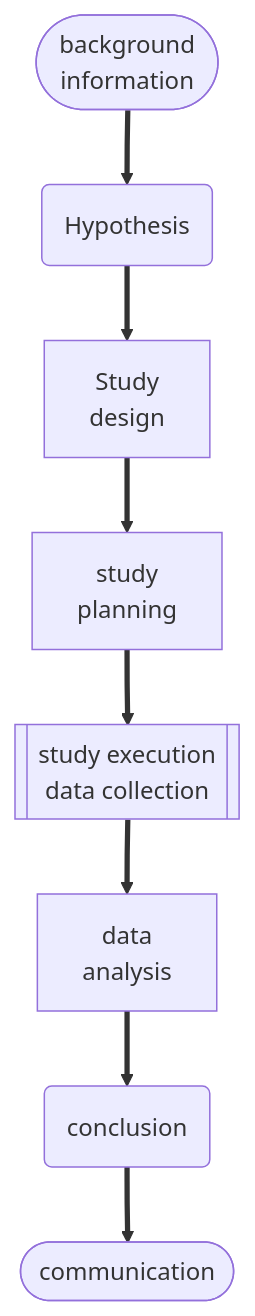
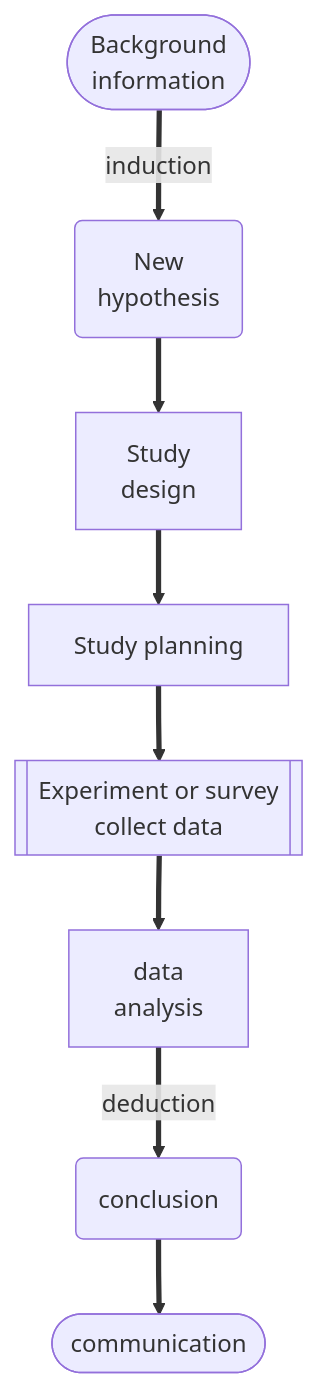
One commit to aphalo/r4p-blog changed the third of 5 diagrams in pages/approaches-to-research.qmd. Above: the diagram before and after it, drawn with Mermaid. The commit also changed other lines of this file, not shown here.

````diff
--- a/pages/approaches-to-research.qmd
+++ b/pages/approaches-to-research.qmd
@@ -100,13 +100,13 @@
 ```{mermaid}
 %%| label: fig-research-process-flowchart-linear
 %%| fig-cap: A diagram showing the steps of scientific studies. This includes using the O-I approach to develop the hypothesis to be tested and the H-D approach to test it.
 %%{init: {"htmlLabels": true} }%%
 flowchart TB
-    B([background<br>information]) ==> H(Hypothesis)
+    B([Background<br>information]) ==induction==> H(New<br>hypothesis)
     H ==> D[Study<br>design]
-    D ==> P[study<br>planning]
-    P ==> E[[study execution<br>data collection]]
+    D ==> P[Study planning]
+    P ==> E[[Experiment or survey<br>collect data]]
     E ==> A[data<br>analysis]
-    A ==> C(conclusion)
+    A ==deduction==> C(conclusion)
     C ==> c([communication])
 ```
````
